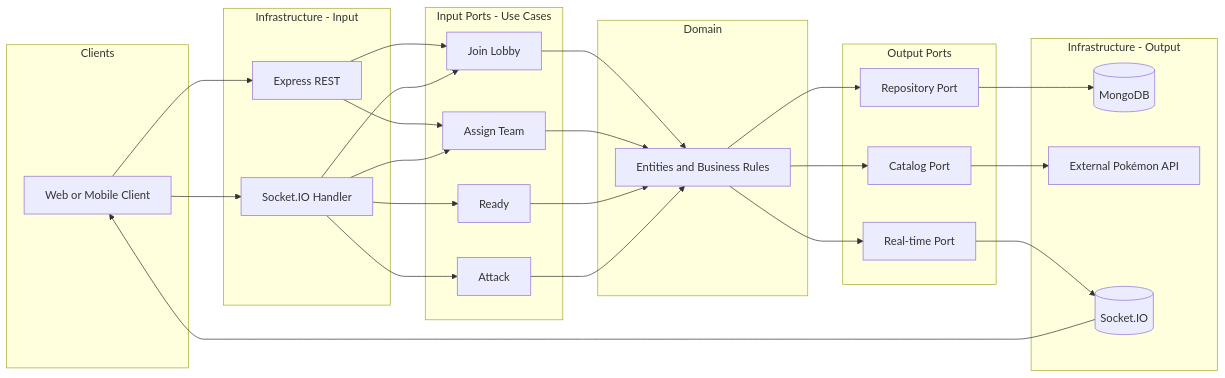
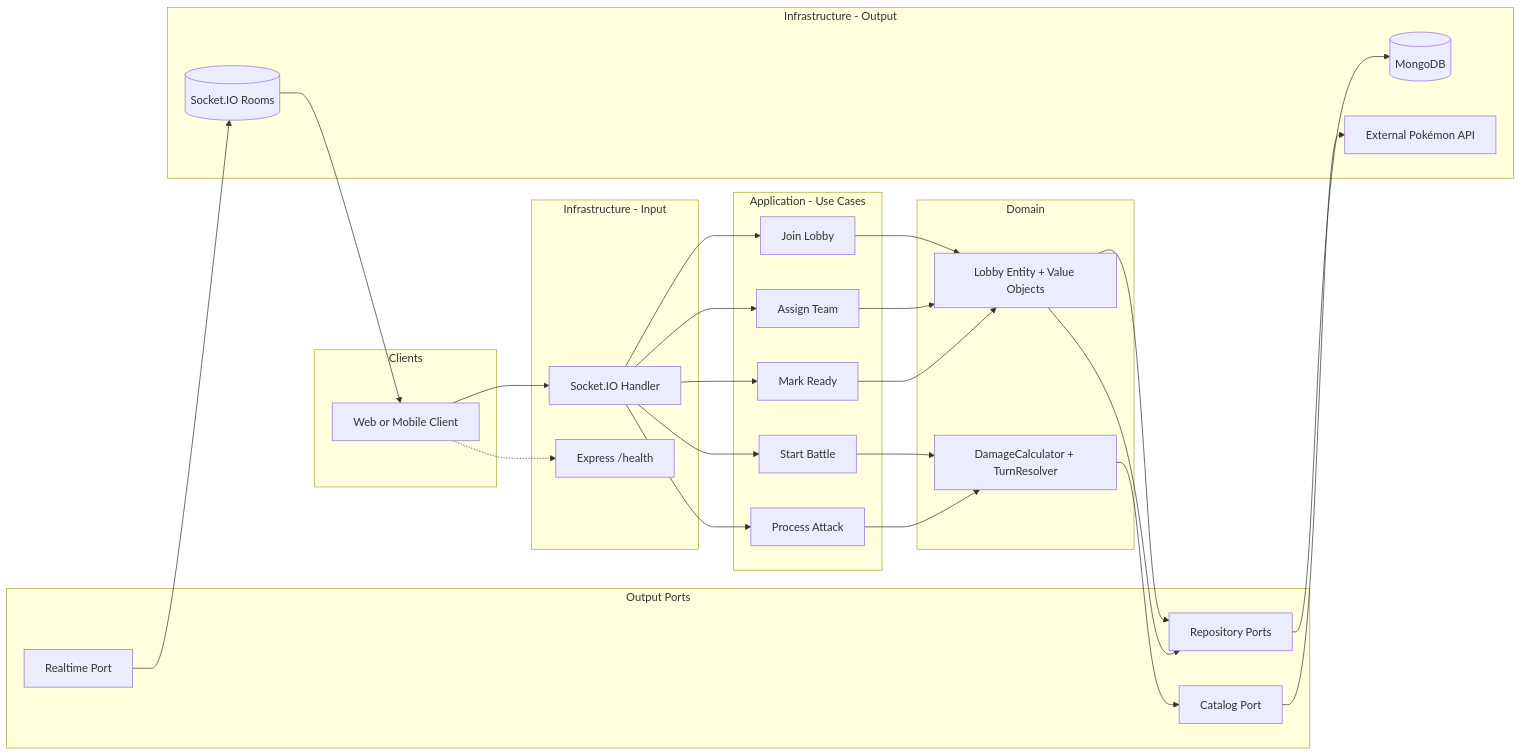
One commit to vcoromero/pokepvp changed the diagram in docs/architecture.md. Above: the diagram before and after it, drawn with Mermaid. The commit also changed other lines of this file and 23 other files, not shown here.

First line of the commit message:
refactor(domain): rich Lobby entity, Nickname VO, domain services; graceful shutdown (#9)

````diff
--- a/docs/architecture.md
+++ b/docs/architecture.md
@@ -87,54 +89,56 @@
 ```mermaid
 flowchart LR
   subgraph clients [Clients]
     WebClient[Web or Mobile Client]
   end
 
   subgraph infrastructure [Infrastructure - Input]
-    ExpressREST[Express REST]
+    ExpressREST[Express /health]
     SocketIOHandler[Socket.IO Handler]
   end
 
-  subgraph inputPorts [Input Ports - Use Cases]
+  subgraph useCases [Application - Use Cases]
     JoinLobby[Join Lobby]
     AssignTeam[Assign Team]
-    Ready[Ready]
-    Attack[Attack]
+    MarkReady[Mark Ready]
+    StartBattle[Start Battle]
+    ProcessAttack[Process Attack]
   end
 
   subgraph domain [Domain]
-    Entities[Entities and Business Rules]
+    Entities[Lobby Entity + Value Objects]
+    Services[DamageCalculator + TurnResolver]
   end
 
   subgraph outputPorts [Output Ports]
-    RepoPort[Repository Port]
+    RepoPort[Repository Ports]
     CatalogPort[Catalog Port]
-    RealtimePort[Real-time Port]
+    RealtimePort[Realtime Port]
   end
 
   subgraph outputInfra [Infrastructure - Output]
     MongoDB[(MongoDB)]
     ExternalAPI[External Pokémon API]
-    SocketIO[(Socket.IO)]
+    SocketIO[(Socket.IO Rooms)]
   end
 
-  WebClient --> ExpressREST
   WebClient --> SocketIOHandler
-  ExpressREST --> JoinLobby
-  ExpressREST --> AssignTeam
+  WebClient -.-> ExpressREST
   SocketIOHandler --> JoinLobby
   SocketIOHandler --> AssignTeam
-  SocketIOHandler --> Ready
-  SocketIOHandler --> Attack
+  SocketIOHandler --> MarkReady
+  SocketIOHandler --> StartBattle
+  SocketIOHandler --> ProcessAttack
   JoinLobby --> Entities
   AssignTeam --> Entities
-  Ready --> Entities
-  Attack --> Entities
+  MarkReady --> Entities
+  ProcessAttack --> Services
+  StartBattle --> Services
   Entities --> RepoPort
-  Entities --> CatalogPort
-  Entities --> RealtimePort
+  Services --> CatalogPort
+  Entities --> RepoPort
   RepoPort --> MongoDB
   CatalogPort --> ExternalAPI
   RealtimePort --> SocketIO
   SocketIO --> WebClient
 ```
````
